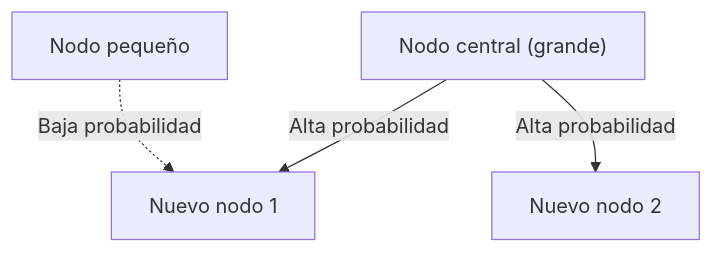
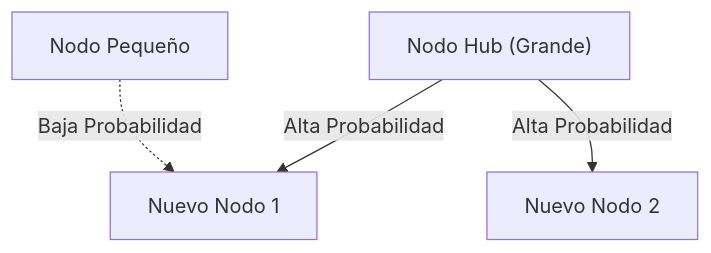
Before and after one commit to kenjinote/blog: the diagram in content/post/zipfs-law/index.es.md, drawn with Mermaid. The commit also changed other lines of this file and 97 other files, not shown here.

````diff
--- a/content/post/zipfs-law/index.es.md
+++ b/content/post/zipfs-law/index.es.md
@@ -115,6 +115,6 @@
 ```mermaid
 graph TD
-  A["Nodo central (grande)"] -->|"Alta probabilidad"| B["Nuevo nodo 1"]
-  A -->|"Alta probabilidad"| C["Nuevo nodo 2"]
-  D["Nodo pequeño"] -.->|"Baja probabilidad"| B
+  A["Nodo Hub (Grande)"] -->|"Alta Probabilidad"| B["Nuevo Nodo 1"]
+  A -->|"Alta Probabilidad"| C["Nuevo Nodo 2"]
+  D["Nodo Pequeño"] -.->|"Baja Probabilidad"| B
 ```
````
